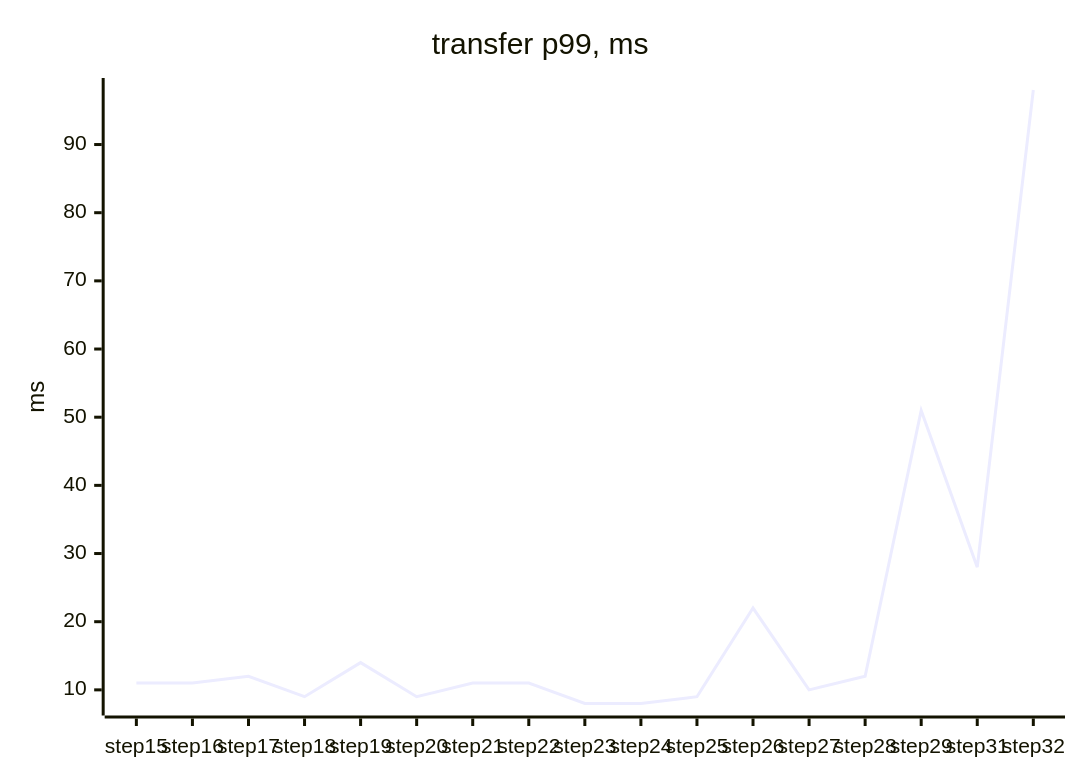
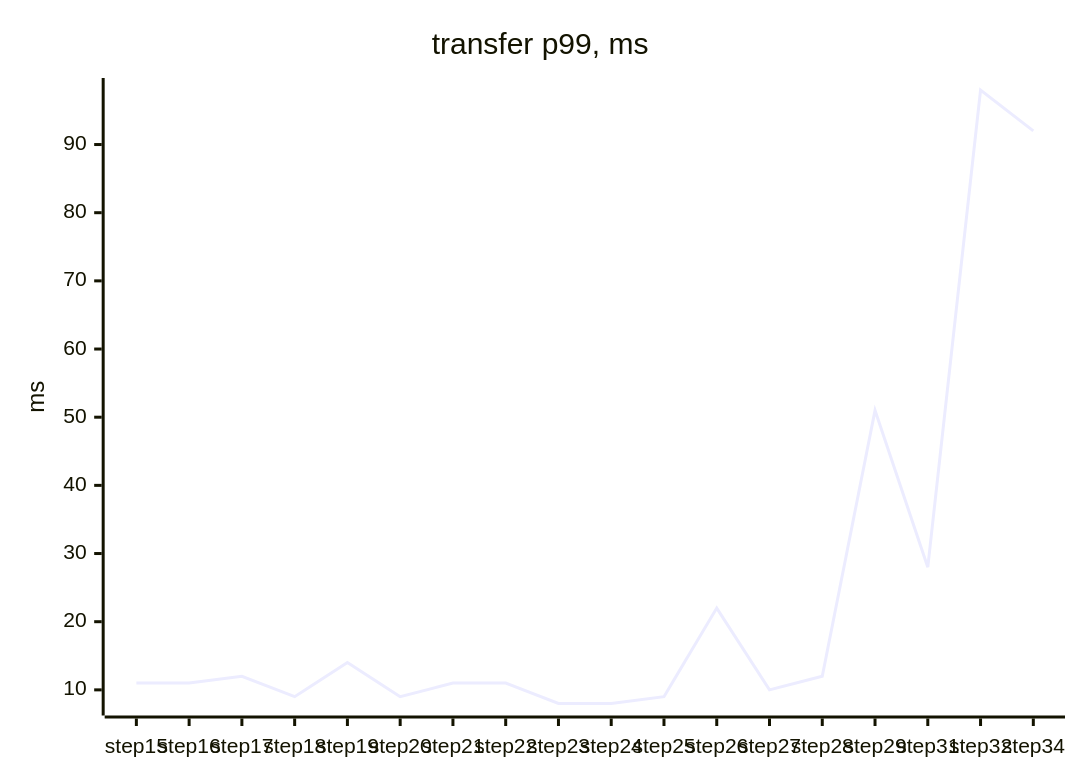
One commit to tanvoid0/ledgerflow changed the first of 4 diagrams in docs/perf/README.md. Above: the diagram before and after it, drawn with Mermaid. The commit also changed other lines of this file and 4 other files, not shown here.

````diff
--- a/docs/perf/README.md
+++ b/docs/perf/README.md
@@ -34,7 +35,7 @@
 ```mermaid
 xychart-beta
     title "transfer p99, ms"
-    x-axis ["step15", "step16", "step17", "step18", "step19", "step20", "step21", "step22", "step23", "step24", "step25", "step26", "step27", "step28", "step29", "step31", "step32"]
+    x-axis ["step15", "step16", "step17", "step18", "step19", "step20", "step21", "step22", "step23", "step24", "step25", "step26", "step27", "step28", "step29", "step31", "step32", "step34"]
     y-axis "ms"
-    line [11, 11, 12, 9, 14, 9, 11, 11, 8, 8, 9, 22, 10, 12, 51, 28, 98]
+    line [11, 11, 12, 9, 14, 9, 11, 11, 8, 8, 9, 22, 10, 12, 51, 28, 98, 92]
 ```
````
